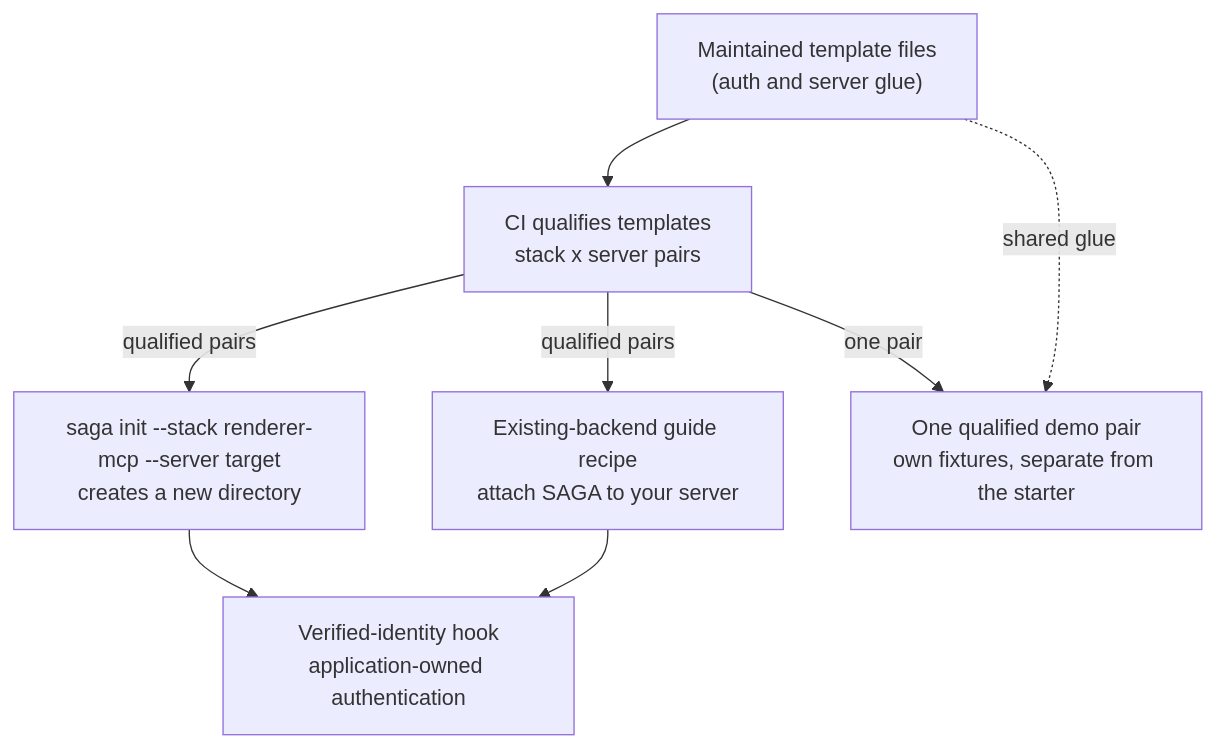
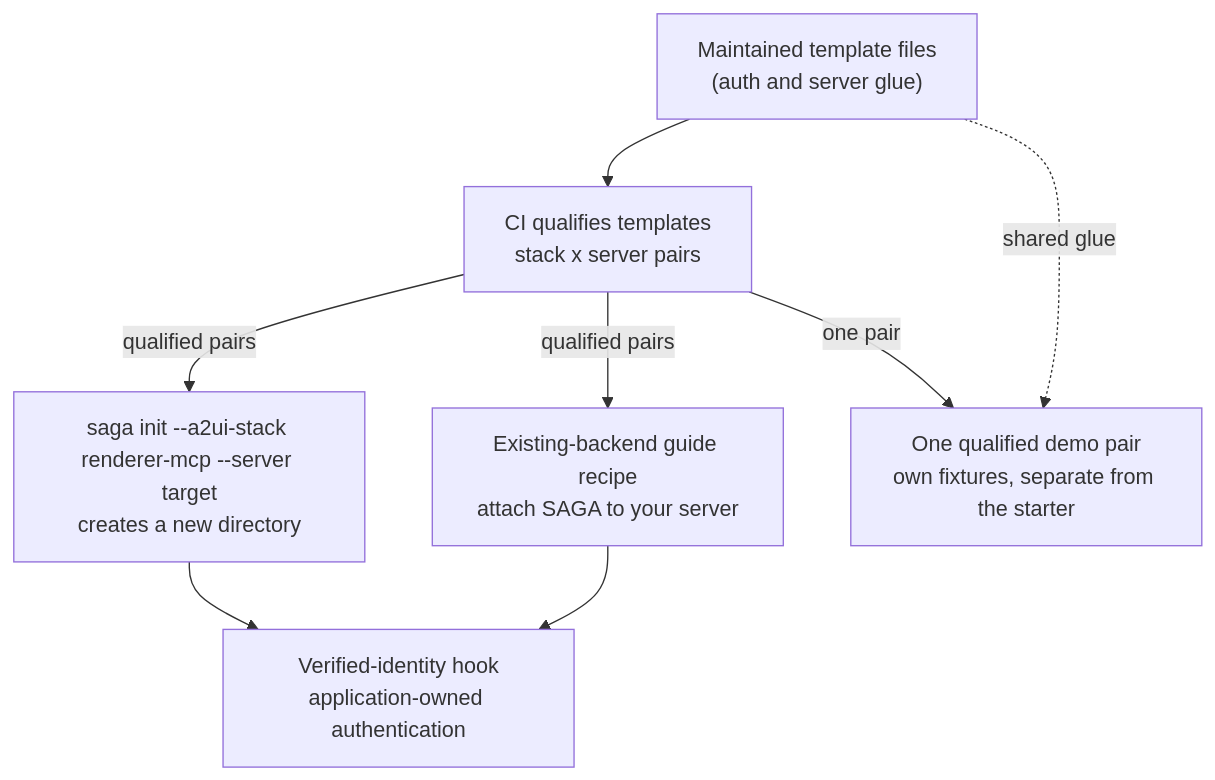
Before and after one commit to MachineWisdomAI/saga-a2ui: the diagram in diagrams/application-setup.mmd, drawn with Mermaid. The commit also changed 4 other files, not shown here.

Commit message:
docs: rename init flag to a2ui-stack

```diff
--- a/diagrams/application-setup.mmd
+++ b/diagrams/application-setup.mmd
@@ -1,14 +1,14 @@
 graph TD
   T["Maintained template files<br/>(auth and server glue)"]
   CI["CI qualifies templates<br/>stack x server pairs"]
-  N["saga init --stack renderer-mcp --server target<br/>creates a new directory"]
+  N["saga init --a2ui-stack renderer-mcp --server target<br/>creates a new directory"]
   E["Existing-backend guide recipe<br/>attach SAGA to your server"]
   H["Verified-identity hook<br/>application-owned authentication"]
   D["One qualified demo pair<br/>own fixtures, separate from the starter"]
   T --> CI
   CI -->|qualified pairs| N
   CI -->|qualified pairs| E
   N --> H
   E --> H
   CI -->|one pair| D
   T -.->|shared glue| D
```
